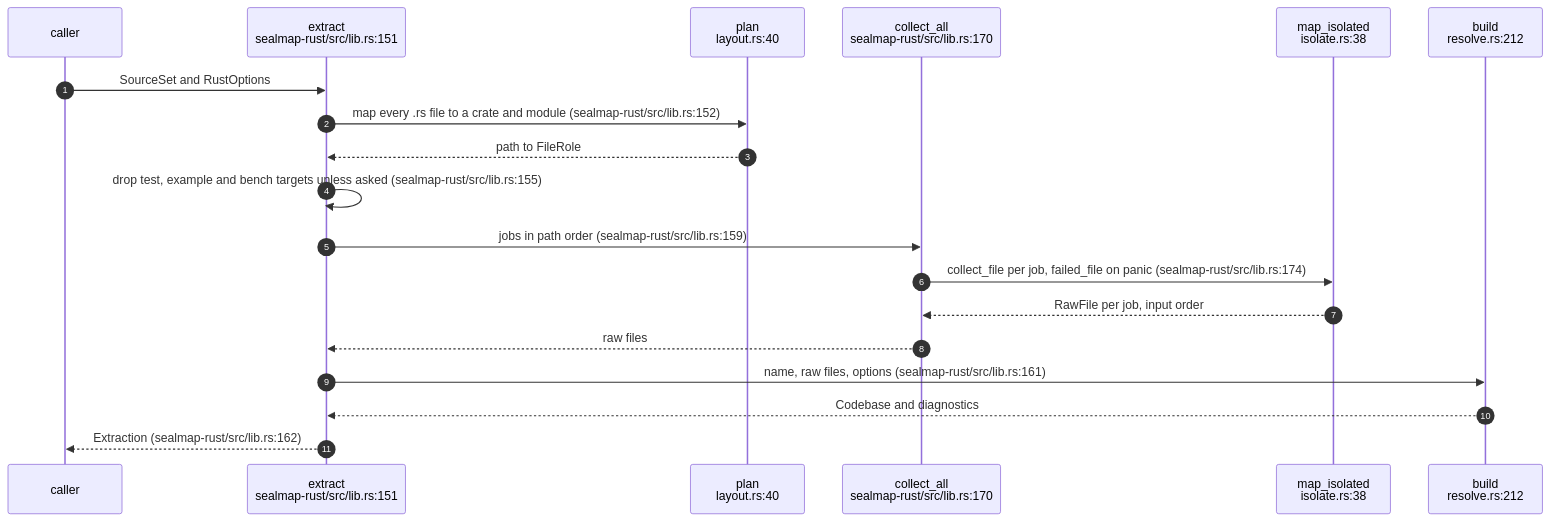
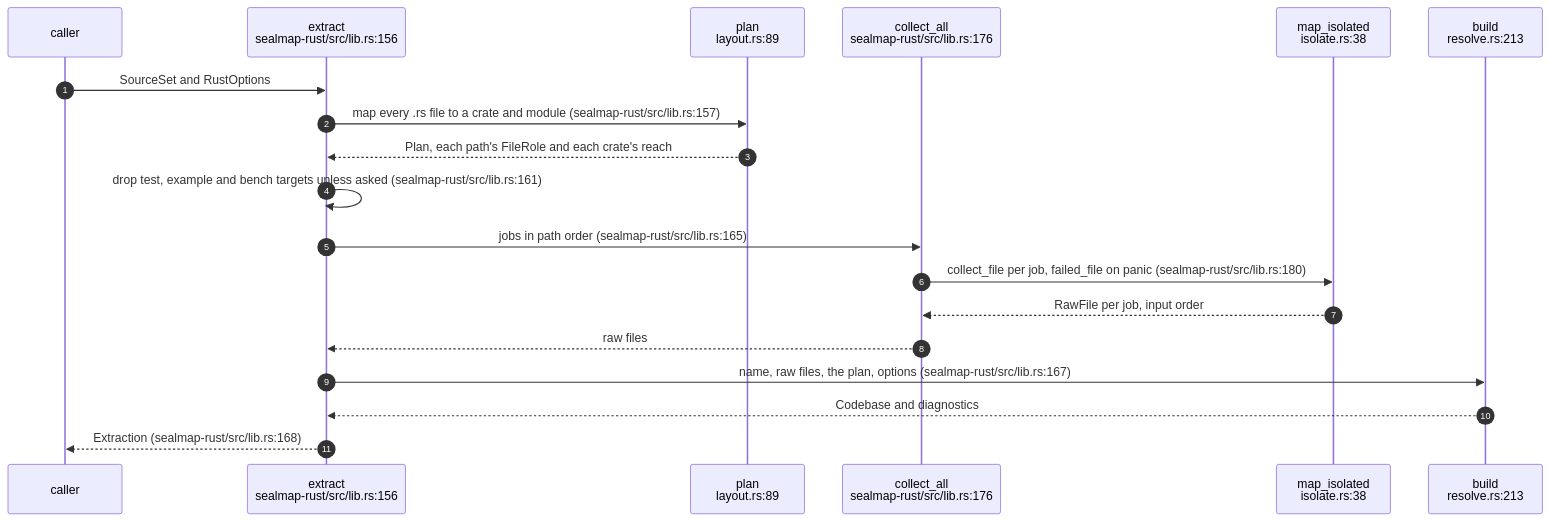
Before and after one commit to DreamLab-AI/codemaid: the first of 5 diagrams in docs/diagrams/extract/01-the-adapter-pipeline.md, drawn with Mermaid. The commit also changed other lines of this file and 23 other files, not shown here.

````diff
--- a/docs/diagrams/extract/01-the-adapter-pipeline.md
+++ b/docs/diagrams/extract/01-the-adapter-pipeline.md
@@ -54,21 +54,21 @@
 ```mermaid
 sequenceDiagram
     autonumber
     participant CL as caller
-    participant EX as extract<br/>sealmap-rust/src/lib.rs:151
-    participant LY as plan<br/>layout.rs:40
-    participant CA as collect_all<br/>sealmap-rust/src/lib.rs:170
+    participant EX as extract<br/>sealmap-rust/src/lib.rs:156
+    participant LY as plan<br/>layout.rs:89
+    participant CA as collect_all<br/>sealmap-rust/src/lib.rs:176
     participant MI as map_isolated<br/>isolate.rs:38
-    participant RB as build<br/>resolve.rs:212
+    participant RB as build<br/>resolve.rs:213
     CL->>EX: SourceSet and RustOptions
-    EX->>LY: map every .rs file to a crate and module (sealmap-rust/src/lib.rs:152)
-    LY-->>EX: path to FileRole
-    EX->>EX: drop test, example and bench targets unless asked (sealmap-rust/src/lib.rs:155)
-    EX->>CA: jobs in path order (sealmap-rust/src/lib.rs:159)
-    CA->>MI: collect_file per job, failed_file on panic (sealmap-rust/src/lib.rs:174)
+    EX->>LY: map every .rs file to a crate and module (sealmap-rust/src/lib.rs:157)
+    LY-->>EX: Plan, each path's FileRole and each crate's reach
+    EX->>EX: drop test, example and bench targets unless asked (sealmap-rust/src/lib.rs:161)
+    EX->>CA: jobs in path order (sealmap-rust/src/lib.rs:165)
+    CA->>MI: collect_file per job, failed_file on panic (sealmap-rust/src/lib.rs:180)
     MI-->>CA: RawFile per job, input order
     CA-->>EX: raw files
-    EX->>RB: name, raw files, options (sealmap-rust/src/lib.rs:161)
+    EX->>RB: name, raw files, the plan, options (sealmap-rust/src/lib.rs:167)
     RB-->>EX: Codebase and diagnostics
-    EX-->>CL: Extraction (sealmap-rust/src/lib.rs:162)
+    EX-->>CL: Extraction (sealmap-rust/src/lib.rs:168)
 ```
````
